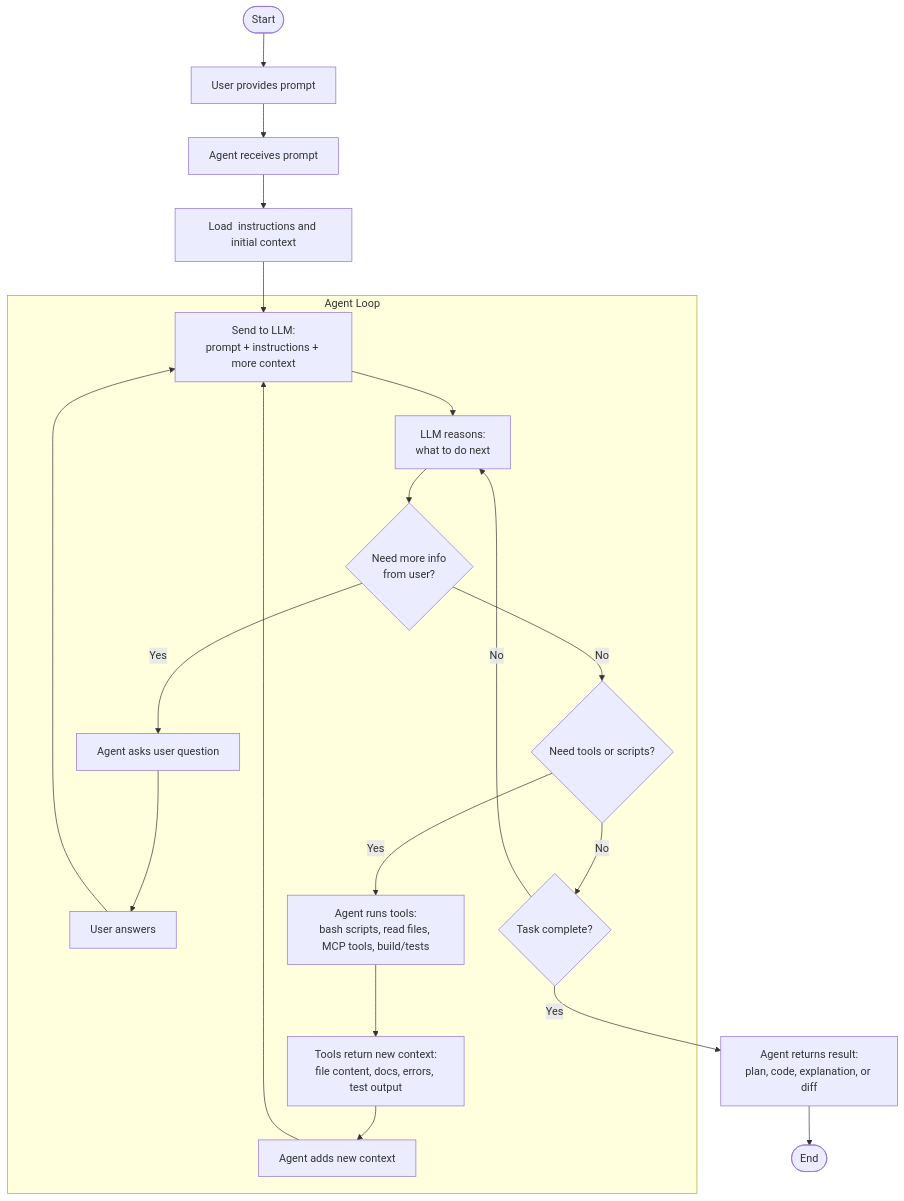
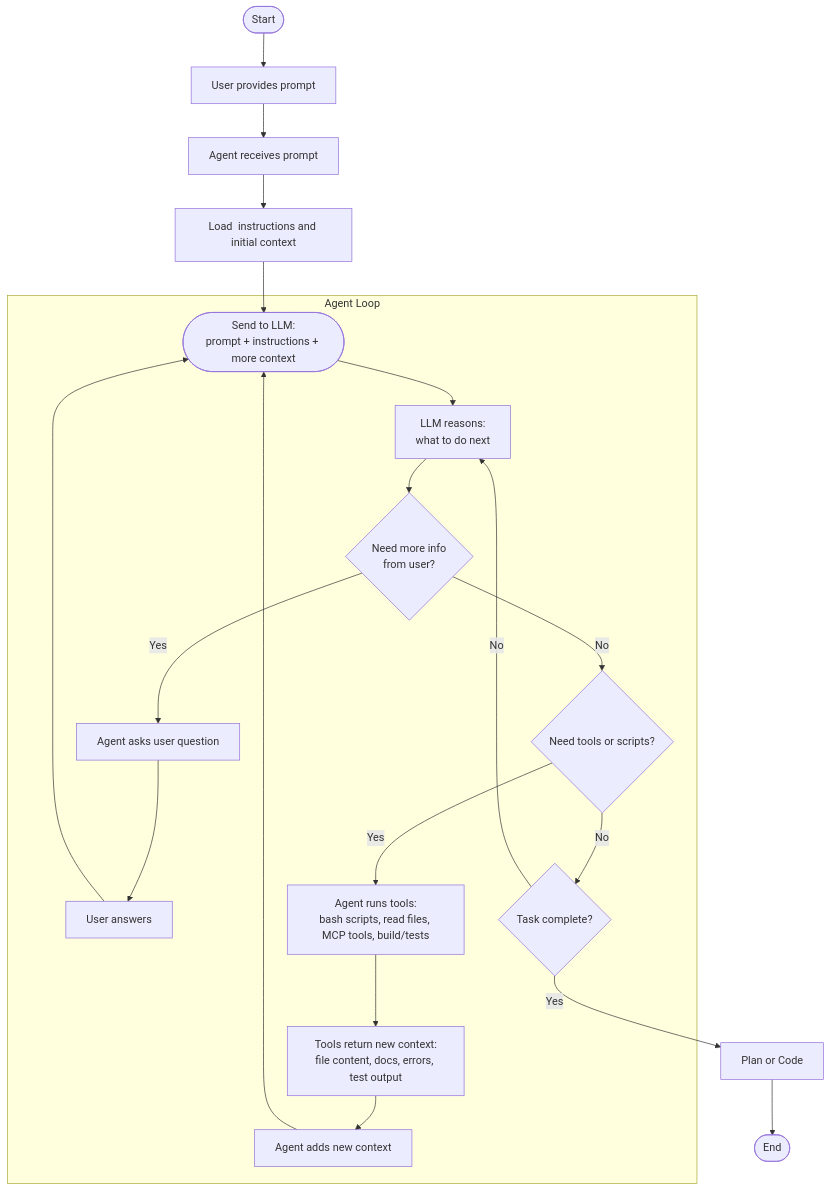
One commit to iJustHelp/dev-context-mcp-server changed the first of 3 diagrams in design/theory.md. Above: the diagram before and after it, drawn with Mermaid. The commit also changed other lines of this file, not shown here.

````diff
--- a/design/theory.md
+++ b/design/theory.md
@@ -6,37 +6,37 @@
 ```mermaid
 flowchart TD
     Start([Start]) --> UserPrompt[User provides prompt]
 
     UserPrompt --> Agent[Agent receives prompt]
 
     Agent --> LoadContext[Load  instructions and initial context]
 
-    LoadContext --> SendToLLM[Send to LLM:<br/>prompt + instructions + more context]
+    LoadContext --> SendToLLM([Send to LLM:<br/>prompt + instructions + more context])
 
 subgraph Loop["Agent Loop"]
     SendToLLM --> LLMThink[LLM reasons:<br/>what to do next]
 
     LLMThink --> NeedQuestion{Need more info<br/>from user?}
 
     NeedQuestion -- Yes --> AskUser[Agent asks user question]
     AskUser --> UserAnswer[User answers]
     UserAnswer --> SendToLLM
 
     NeedQuestion -- No --> NeedTools{Need tools or scripts?}
 
     NeedTools -- Yes --> RunTools[Agent runs tools:<br/>bash scripts, read files, MCP tools, build/tests]
     RunTools --> ToolOutput[Tools return new context:<br/>file content, docs, errors, test output]
 
     ToolOutput --> UpdateContext[Agent adds new context]
     UpdateContext --> SendToLLM
 
     NeedTools -- No --> DoneCheck{Task complete?}
 
     DoneCheck -- No --> LLMThink
 
 end
 
-    DoneCheck -- Yes --> FinalResult[Agent returns result:<br/>plan, code, explanation, or diff]
+    DoneCheck -- Yes --> FinalResult[Plan or Code]
 
     FinalResult --> End([End])
 ```
````
